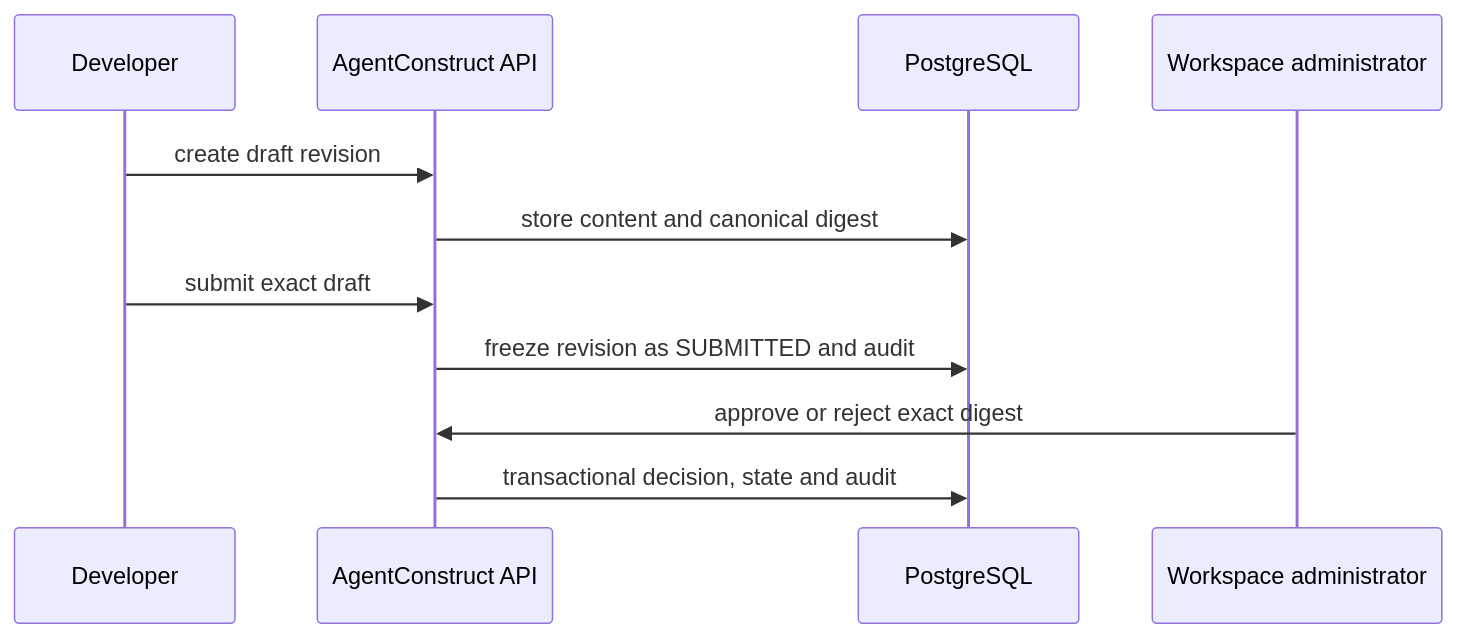
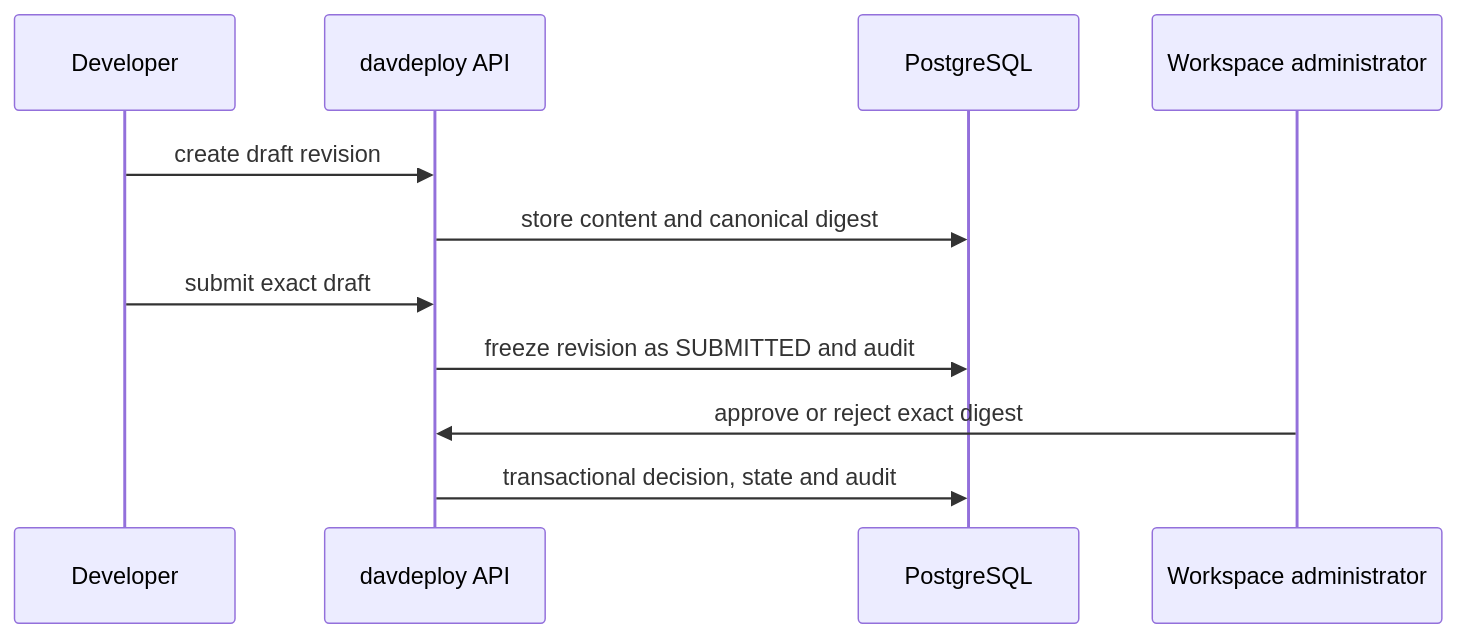
One commit to Bepoadewale/AgentConstruct changed the diagram in docs/architecture/PLAN_APPROVAL_ARCHITECTURE.md. Above: the diagram before and after it, drawn with Mermaid. The commit also changed 270 other files, not shown here.

````diff
--- a/docs/architecture/PLAN_APPROVAL_ARCHITECTURE.md
+++ b/docs/architecture/PLAN_APPROVAL_ARCHITECTURE.md
@@ -5,13 +5,13 @@
 ```mermaid
 sequenceDiagram
   participant Dev as Developer
-  participant API as AgentConstruct API
+  participant API as davdeploy API
   participant DB as PostgreSQL
   participant Admin as Workspace administrator
   Dev->>API: create draft revision
   API->>DB: store content and canonical digest
   Dev->>API: submit exact draft
   API->>DB: freeze revision as SUBMITTED and audit
   Admin->>API: approve or reject exact digest
   API->>DB: transactional decision, state and audit
 ```
````
